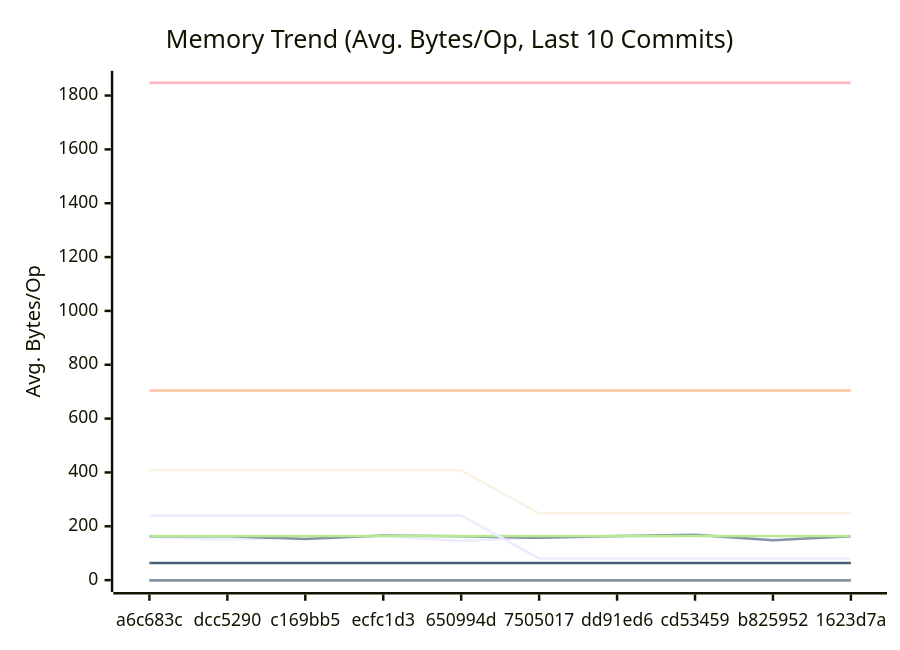
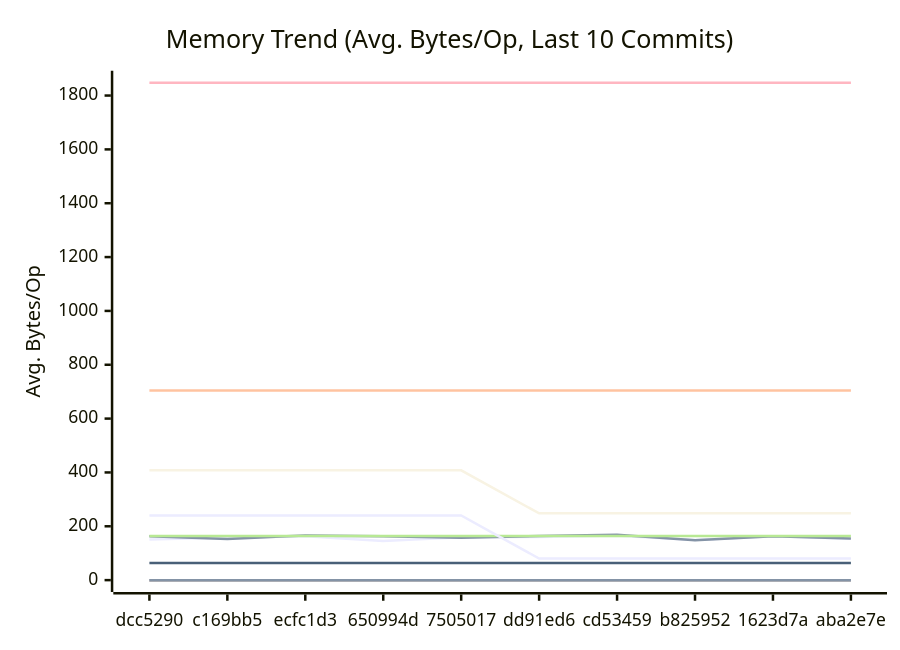
The second of 3 diagrams in docs/PERFORMANCE.md (alsotoes/momo), drawn with Mermaid before and after one commit. The commit also changed other lines of this file and 2 other files, not shown here.

````diff
--- a/docs/PERFORMANCE.md
+++ b/docs/PERFORMANCE.md
@@ -171,20 +171,20 @@
 ```mermaid
 xychart-beta
     title "Memory Trend (Avg. Bytes/Op, Last 10 Commits)"
     x-axis "Commit"
     y-axis "Avg. Bytes/Op"
-    x-axis [a6c683c,dcc5290,c169bb5,ecfc1d3,650994d,7505017,dd91ed6,cd53459,b825952,1623d7a]
-    line "AWSChunkedReaderSigned" [160,151,158,163,145,159,160,165,149,163]
-    line "AWSChunkedReaderUnsigned" [163,163,153,166,163,157,164,169,148,163]
+    x-axis [dcc5290,c169bb5,ecfc1d3,650994d,7505017,dd91ed6,cd53459,b825952,1623d7a,aba2e7e]
+    line "AWSChunkedReaderSigned" [151,158,163,145,159,160,165,149,163,154]
+    line "AWSChunkedReaderUnsigned" [163,153,166,163,157,164,169,148,163,155]
     line "CheckMetricsAndSwap" [0,0,0,0,0,0,0,0,0,0]
     line "CrushOptimized" [0,0,0,0,0,0,0,0,0,0]
     line "CrushOriginal" [164,164,164,164,164,164,164,164,164,164]
     line "IndexDirectTracking" [0,0,0,0,0,0,0,0,0,0]
     line "IndexSearch" [0,0,0,0,0,0,0,0,0,0]
     line "LoadGlobalConfig" [1848,1848,1848,1848,1848,1848,1848,1848,1848,1848]
     line "PadString" [64,64,64,64,64,64,64,64,64,64]
     line "ParseReplicationOrder_NoPrealloc" [408,408,408,408,408,248,248,248,248,248]
     line "ParseReplicationOrder_Prealloc" [240,240,240,240,240,80,80,80,80,80]
     line "SanitizeLog/Safe" [0,0,0,0,0,0,0,0,0,0]
     line "SanitizeLog/Unsafe" [704,704,704,704,704,704,704,704,704,704]
 ```
````
